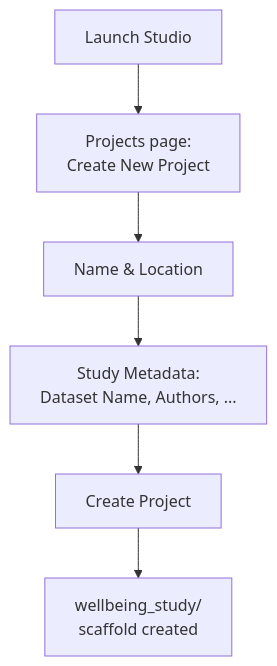
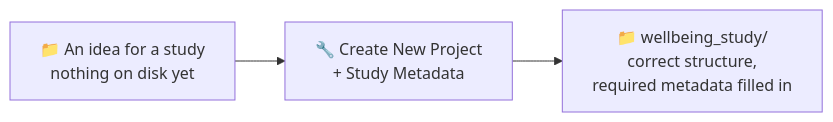
One commit to MRI-Lab-Graz/prism-studio changed the diagram in docs/TUTORIAL_BEGINNER_1_NEW_PROJECT.md. Above: the diagram before and after it, drawn with Mermaid. The commit also changed 5 other files, not shown here.

First line of the commit message:
docs: replace per-chapter step flowcharts with input->tool->output diagrams (#126)

````diff
--- a/docs/TUTORIAL_BEGINNER_1_NEW_PROJECT.md
+++ b/docs/TUTORIAL_BEGINNER_1_NEW_PROJECT.md
@@ -13,8 +13,5 @@
 ```{mermaid}
-flowchart TD
-    A["Launch Studio"] --> B["Projects page:<br/>Create New Project"]
-    B --> C["Name & Location"]
-    C --> D["Study Metadata:<br/>Dataset Name, Authors, ..."]
-    D --> E["Create Project"]
-    E --> F["wellbeing_study/<br/>scaffold created"]
+flowchart LR
+    A["📁 An idea for a study<br/>nothing on disk yet"] --> B["🔧 Create New Project<br/>+ Study Metadata"]
+    B --> C["📁 wellbeing_study/<br/>correct structure,<br/>required metadata filled in"]
 ```
````
